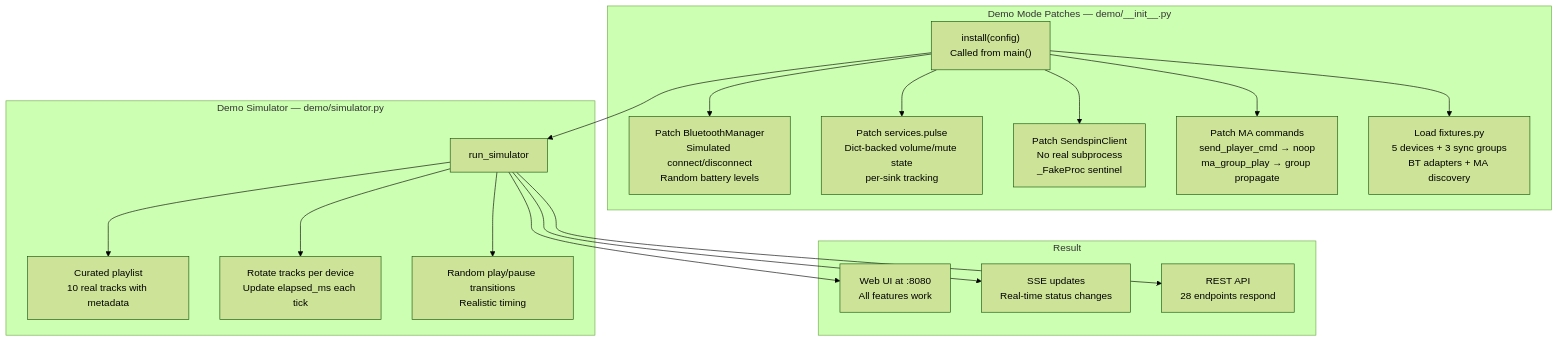
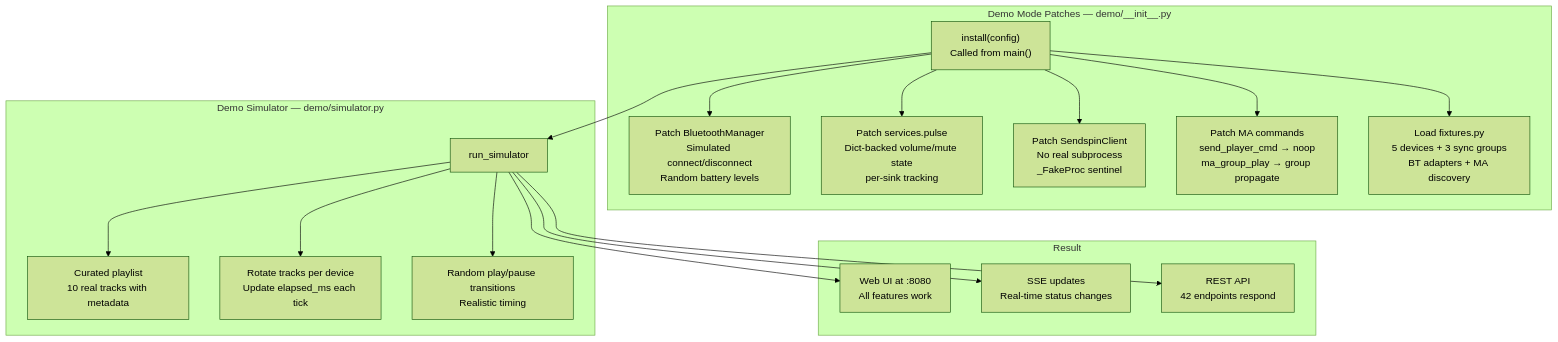
Before and after one commit to trudenboy/sendspin-bt-bridge: diagram 25 of 25 in docs-site/src/content/docs/architecture.md, drawn with Mermaid (forest theme). The commit also changed other lines of this file and 12 other files, not shown here.

````diff
--- a/docs-site/src/content/docs/architecture.md
+++ b/docs-site/src/content/docs/architecture.md
@@ -990,28 +990,28 @@
 ```mermaid
 graph TD
     subgraph "Demo Mode Patches — demo/__init__.py"
         INSTALL["install(config)<br/>Called from main()"]
         INSTALL --> BT_PATCH[Patch BluetoothManager<br/>Simulated connect/disconnect<br/>Random battery levels]
         INSTALL --> PULSE_PATCH[Patch services.pulse<br/>Dict-backed volume/mute state<br/>per-sink tracking]
         INSTALL --> CLIENT_PATCH[Patch SendspinClient<br/>No real subprocess<br/>_FakeProc sentinel]
         INSTALL --> MA_PATCH[Patch MA commands<br/>send_player_cmd → noop<br/>ma_group_play → group propagate]
         INSTALL --> FIXTURES[Load fixtures.py<br/>5 devices + 3 sync groups<br/>BT adapters + MA discovery]
     end
 
     subgraph "Demo Simulator — demo/simulator.py"
         SIM[run_simulator] --> TRACKS[Curated playlist<br/>10 real tracks with metadata]
         SIM --> CYCLE[Rotate tracks per device<br/>Update elapsed_ms each tick]
         SIM --> PLAY_PAUSE[Random play/pause transitions<br/>Realistic timing]
     end
 
     subgraph "Result"
         WEB[Web UI at :8080<br/>All features work]
         SSE[SSE updates<br/>Real-time status changes]
-        API[REST API<br/>28 endpoints respond]
+        API[REST API<br/>42 endpoints respond]
     end
 
     INSTALL --> SIM
     SIM --> WEB
     SIM --> SSE
     SIM --> API
 ```
````
